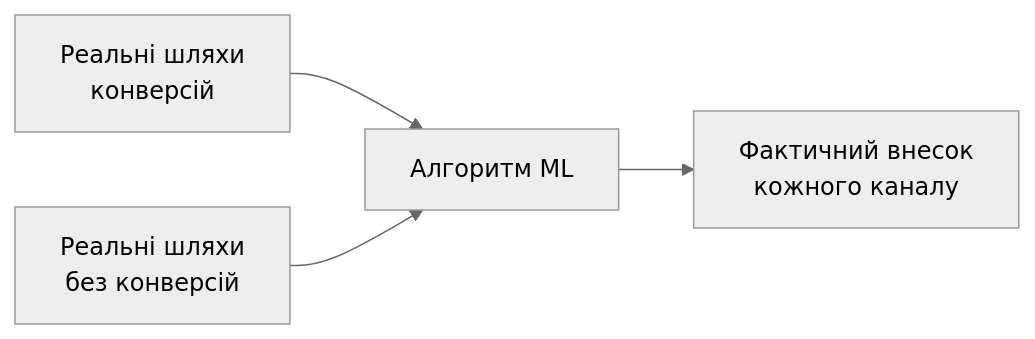
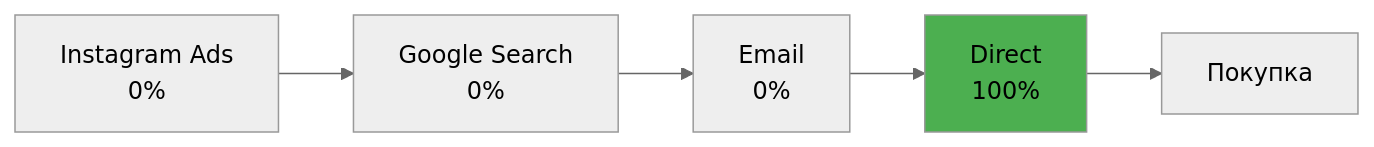
Before and after one commit to olroi421/course-seo: the second of 6 diagrams in presentations/presentation-10.md, drawn with Mermaid (neutral theme). The commit also changed other lines of this file and 1 other file, not shown here.

First line of the commit message:
Enhance GA4 presentations with content & diagrams

````diff
--- a/presentations/presentation-10.md
+++ b/presentations/presentation-10.md
@@ -151,6 +186,8 @@
 ```mermaid
 graph LR
-    A[Реальні шляхи\nконверсій] --> B[Алгоритм ML]
-    C[Реальні шляхи\nбез конверсій] --> B
-    B --> D[Фактичний внесок\nкожного каналу]
+    A[Instagram Ads<br/>0%] --> B[Google Search<br/>0%]
+    B --> C[Email<br/>0%]
+    C --> D[Direct<br/>100%]
+    D --> E[Покупка]
+    style D fill:#4CAF50
 ```
````
